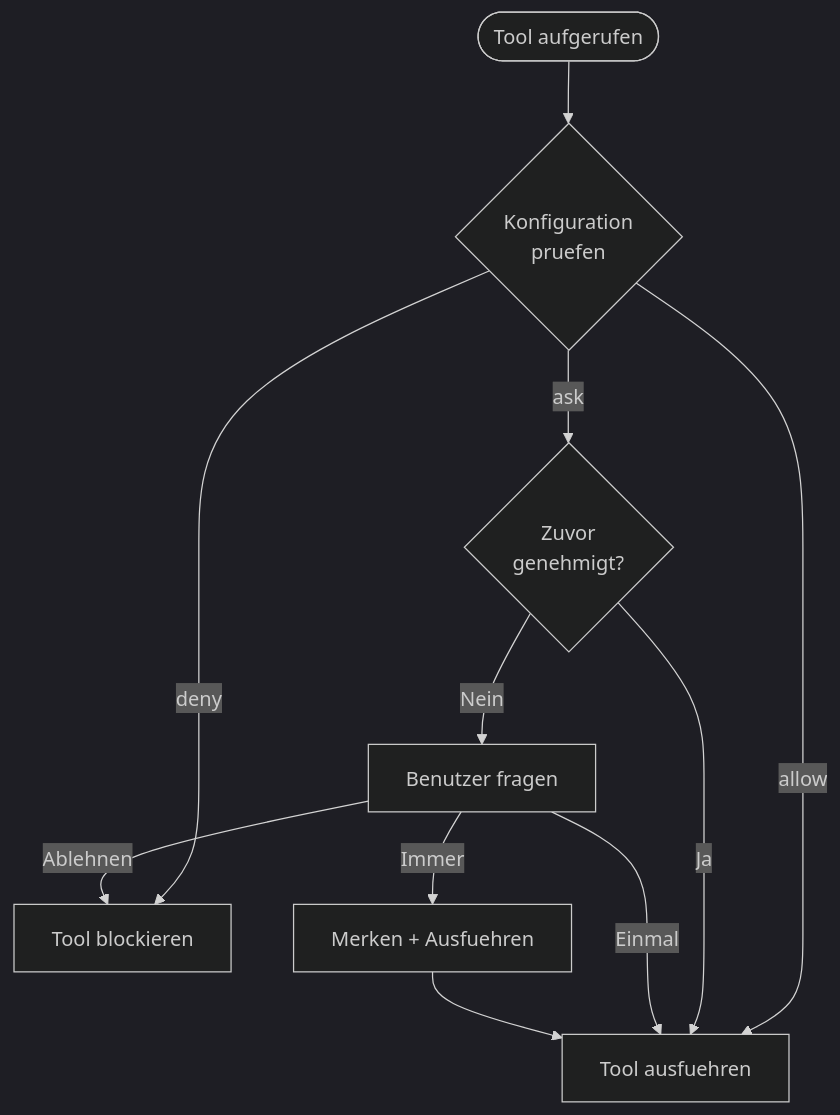
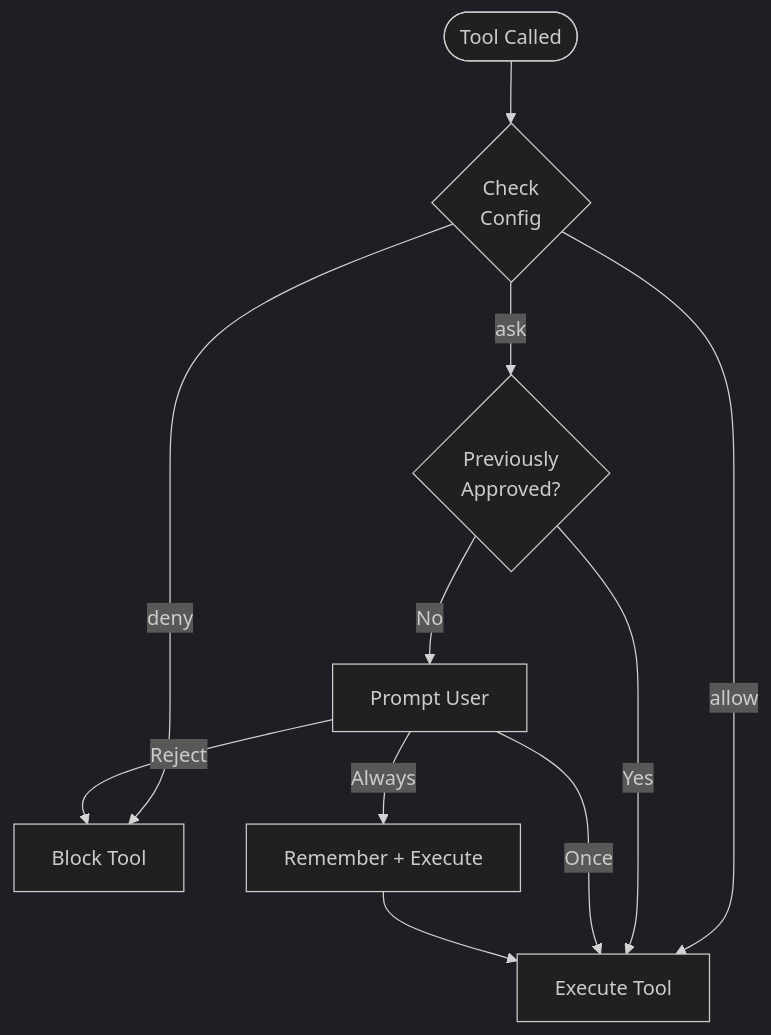
The diagram in packages/docs/src/docs/data/docs/de/configuration/permissions.mdx (CyberStrikeus/CyberStrike), drawn with Mermaid (dark theme) before and after one commit. The commit also changed other lines of this file and 108 other files, not shown here.

````diff
--- a/packages/docs/src/docs/data/docs/de/configuration/permissions.mdx
+++ b/packages/docs/src/docs/data/docs/de/configuration/permissions.mdx
@@ -31,13 +13,13 @@
 ```mermaid
 flowchart TD
-    ToolCall([Tool aufgerufen]) --> CheckConfig{Konfiguration\npruefen}
-    CheckConfig -->|allow| Execute[Tool ausfuehren]
-    CheckConfig -->|deny| Block[Tool blockieren]
-    CheckConfig -->|ask| CheckApproved{Zuvor\ngenehmigt?}
-    CheckApproved -->|Ja| Execute
-    CheckApproved -->|Nein| AskUser[Benutzer fragen]
-    AskUser -->|Einmal| Execute
-    AskUser -->|Immer| Remember[Merken + Ausfuehren]
-    AskUser -->|Ablehnen| Block
+    ToolCall([Tool Called]) --> CheckConfig{Check\nConfig}
+    CheckConfig -->|allow| Execute[Execute Tool]
+    CheckConfig -->|deny| Block[Block Tool]
+    CheckConfig -->|ask| CheckApproved{Previously\nApproved?}
+    CheckApproved -->|Yes| Execute
+    CheckApproved -->|No| AskUser[Prompt User]
+    AskUser -->|Once| Execute
+    AskUser -->|Always| Remember[Remember + Execute]
+    AskUser -->|Reject| Block
     Remember --> Execute
 ```
````
